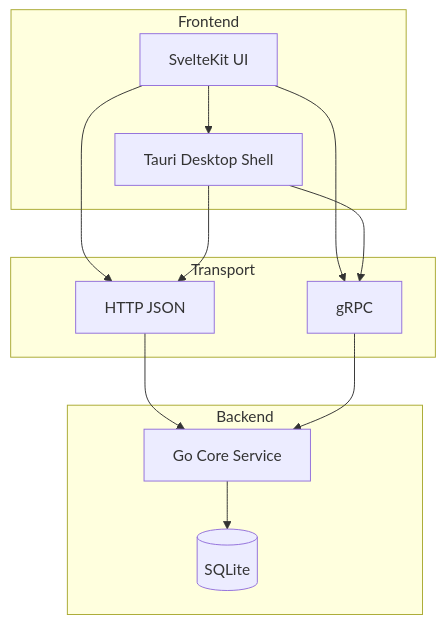
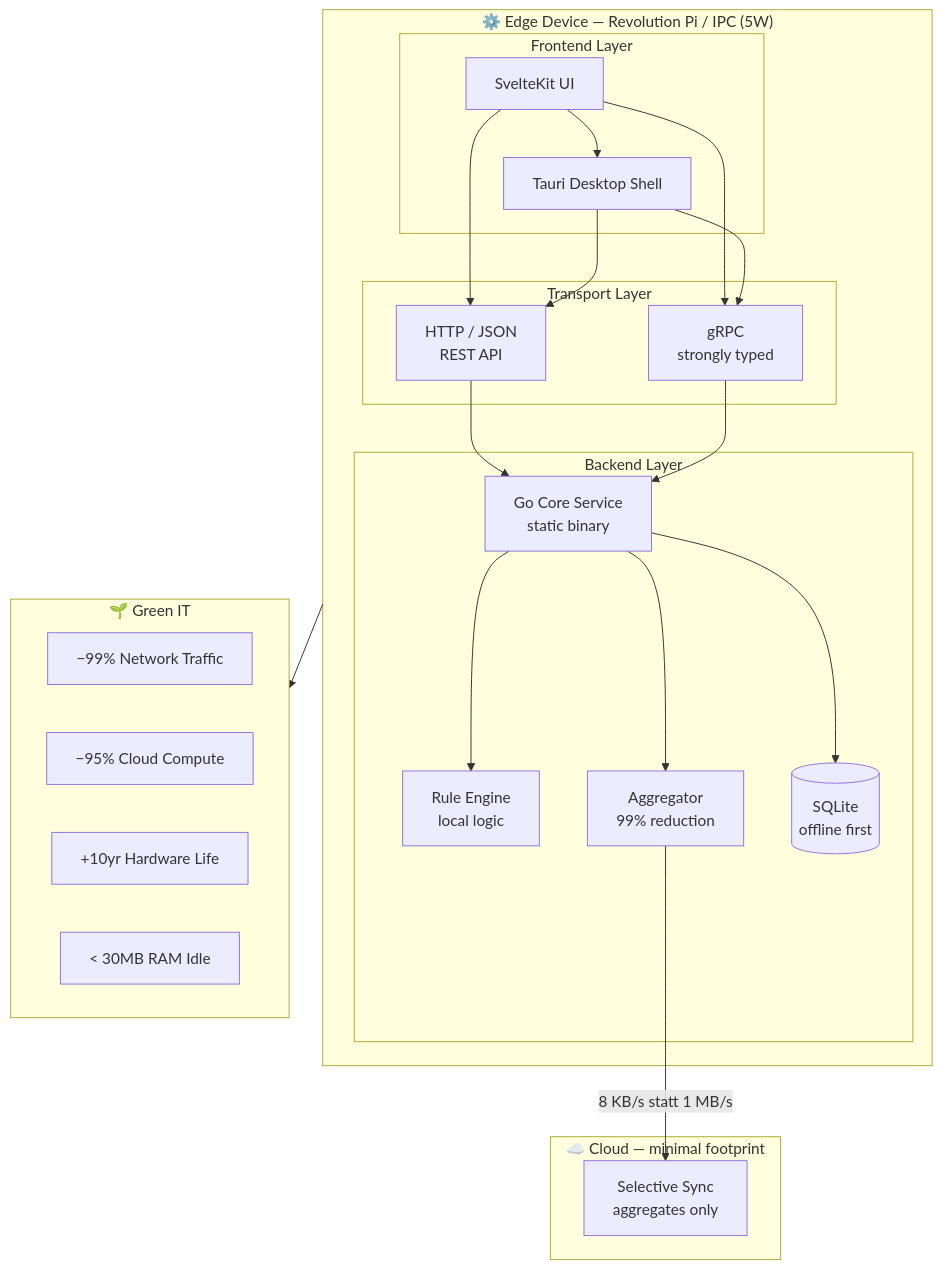
One commit to waeel1937/full-stack-go-SvelteKit-SQLite-template changed the diagram in README.md. Above: the diagram before and after it, drawn with Mermaid.

````diff
--- a/README.md
+++ b/README.md
@@ -1,28 +1,46 @@
 ```mermaid
 flowchart TB
-    subgraph Frontend
-        SK[SvelteKit UI]
-        TA[Tauri Desktop Shell]
-        SK --> TA
+    subgraph EDGE["⚙️ Edge Device — Revolution Pi / IPC (5W)"]
+        subgraph Frontend["Frontend Layer"]
+            SK[SvelteKit UI]
+            TA[Tauri Desktop Shell]
+            SK --> TA
+        end
+
+        subgraph Transport["Transport Layer"]
+            HTTP[HTTP / JSON\nREST API]
+            GRPC[gRPC\nstrongly typed]
+        end
+
+        subgraph Backend["Backend Layer"]
+            GO[Go Core Service\nstatic binary]
+            RE[Rule Engine\nlocal logic]
+            AGG[Aggregator\n99% reduction]
+            DB[(SQLite\noffline first)]
+        end
+
+        SK --> HTTP
+        TA --> HTTP
+        SK --> GRPC
+        TA --> GRPC
+        HTTP --> GO
+        GRPC --> GO
+        GO --> RE
+        GO --> AGG
+        GO --> DB
     end
 
-    subgraph Transport
-        HTTP[HTTP JSON]
-        GRPC[gRPC]
+    subgraph CLOUD["☁️ Cloud — minimal footprint"]
+        SYNC[Selective Sync\naggregates only]
     end
 
-    subgraph Backend
-        GO[Go Core Service]
-        DB[(SQLite)]
+    subgraph GREEN["🌱 Green IT"]
+        G1[−99% Network Traffic]
+        G2[−95% Cloud Compute]
+        G3[+10yr Hardware Life]
+        G4[< 30MB RAM Idle]
     end
 
-    SK --> HTTP
-    TA --> HTTP
-    SK --> GRPC
-    TA --> GRPC
-
-    HTTP --> GO
-    GRPC --> GO
-
-    GO --> DB
+    AGG -->|8 KB/s statt 1 MB/s| SYNC
+    EDGE --> GREEN
 ```
````
